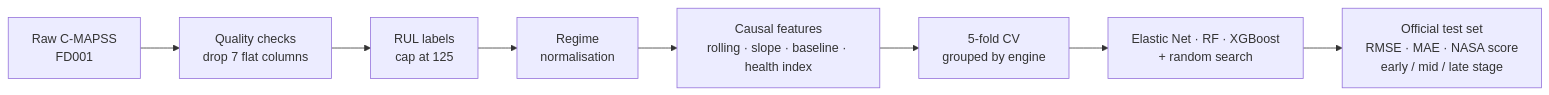
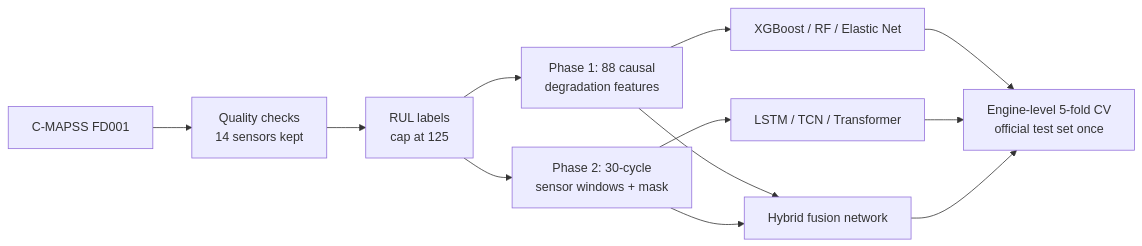
Before and after one commit to WhiteHacker000/Remaining-Useful-Life-Prediction-for-Industrial-Engines: the diagram in README.md, drawn with Mermaid. The commit also changed other lines of this file, not shown here.

Commit message:
Update README for Phase 2

````diff
--- a/README.md
+++ b/README.md
@@ -62,10 +53,14 @@
 ```mermaid
 flowchart LR
-    A[Raw C-MAPSS<br/>FD001] --> B[Quality checks<br/>drop 7 flat columns]
+    A[C-MAPSS FD001] --> B[Quality checks<br/>14 sensors kept]
     B --> C[RUL labels<br/>cap at 125]
-    C --> D[Regime<br/>normalisation]
-    D --> E[Causal features<br/>rolling · slope · baseline · health index]
-    E --> F[5-fold CV<br/>grouped by engine]
-    F --> G[Elastic Net · RF · XGBoost<br/>+ random search]
-    G --> H[Official test set<br/>RMSE · MAE · NASA score<br/>early / mid / late stage]
+    C --> D[Phase 1: 88 causal<br/>degradation features]
+    C --> E[Phase 2: 30-cycle<br/>sensor windows + mask]
+    D --> F[XGBoost / RF / Elastic Net]
+    E --> G[LSTM / TCN / Transformer]
+    D --> H[Hybrid fusion network]
+    E --> H
+    F --> I[Engine-level 5-fold CV<br/>official test set once]
+    G --> I
+    H --> I
 ```
````
